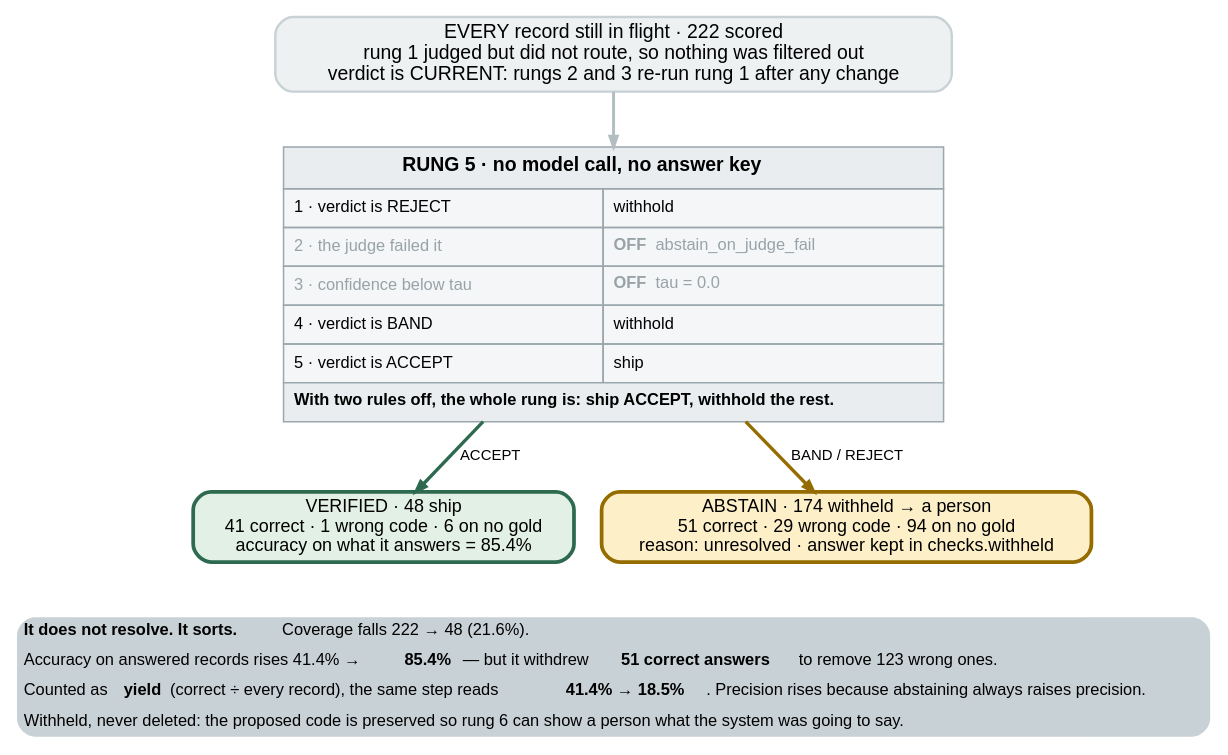
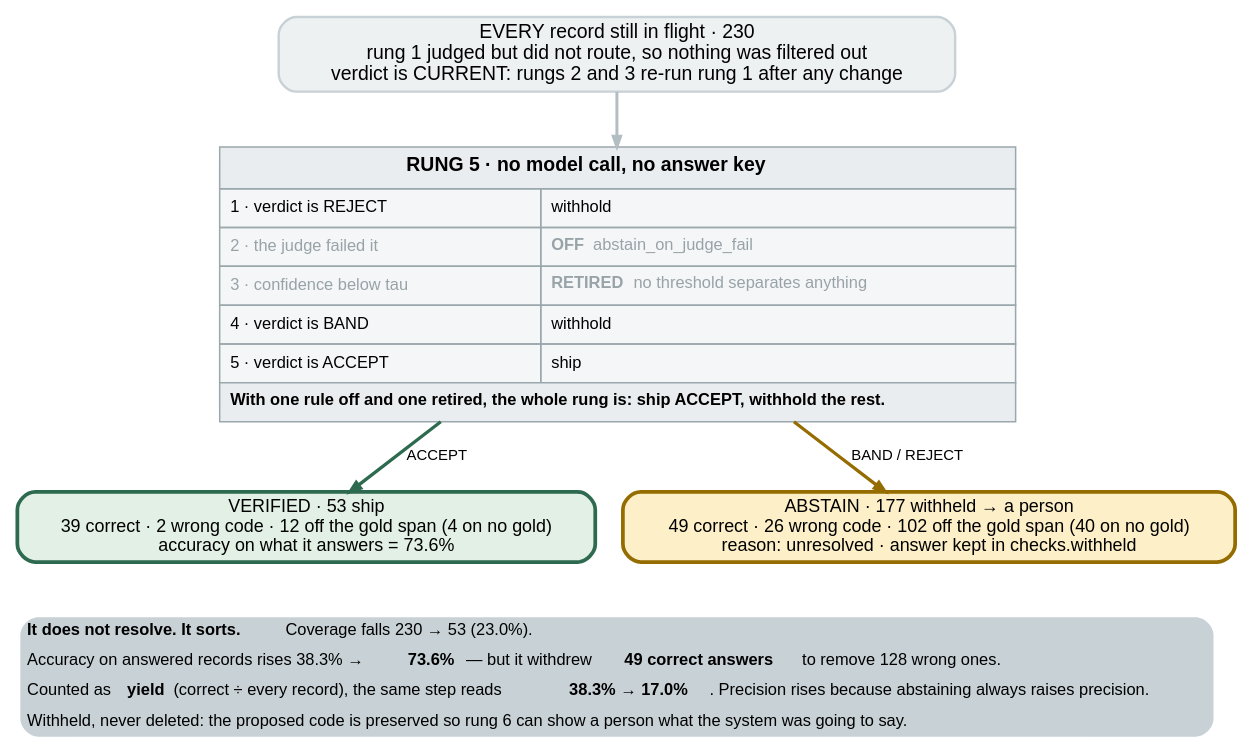
One commit to wbagais/reliability-ladder changed the diagram in docs/figures/fig19-rung5.dot. Above: the diagram before and after it, drawn with Graphviz. The commit also changed 19 other files, not shown here.

Commit message:
Article: every number and every figure re-derived from the base run; remaining historical figures labelled with their source

```diff
--- a/docs/figures/fig19-rung5.dot
+++ b/docs/figures/fig19-rung5.dot
@@ -1,67 +1,62 @@
-// Rung 5 on CADEC dev, draw 0 (arm-sapbase-d0) — the refusal rung.
+// Rung 5 on CADEC dev, rerun-cadec-d0 (2026-09-03) — the refusal rung.
 //
-// ZERO MODEL CALLS. Rung 5 is a pure disposition rule, so its output was
-// REPLAYED from the surviving records file through r5.decide() with the
-// shipped manifest config, not quoted from a run that no longer exists.
-// Replay result over all 232 produced records: BAND 182 -> ABSTAIN,
-// ACCEPT 50 -> VERIFIED. Nothing else fired.
+// ZERO MODEL CALLS. From the run's own rung 5 and rung 6 state rows: 230
+// records, ACCEPT 53 -> VERIFIED, BAND 176 + REJECT 1 -> ABSTAIN 177.
+// Correctness split span-exact, the same split fig10-rung1 reports (after
+// rung 3's two overwrites).
 //
-// The correctness split inside each lane is the SCORED subset (222 of 232;
-// 10 records are unscoreable) and is the same split fig10-rung1 reports.
-//
-// WHY TWO RULES ARE DRAWN OFF: `tau: 0.0` and `abstain_on_judge_fail: false`
-// are the shipped manifest values. They are drawn rather than omitted because
-// their being off is the finding — the textbook abstention method (confidence
-// thresholding) is not merely untuned here, it is inapplicable. Rung 0 reports
-// >= 0.95 confidence on EVERY record (77% report exactly 1.0) while getting
-// ~40% of them right.
+// WHY ONE RULE IS DRAWN OFF AND ONE RETIRED: `abstain_on_judge_fail: false` is
+// the shipped value. `tau` was RETIRED 2026-09-03: rung 0 reports >= 0.9
+// confidence on every record (66% report exactly 1.0) while getting ~38% of
+// them right, so the textbook abstention method was not untuned here, it was
+// inapplicable.
 //
 // COLOUR KEY — unchanged from fig1-wiring:
 //   green #2d6a4f ships/correct   amber #946c00 withheld   grey deterministic
 //   NO TEAL ANYWHERE: teal marks a model call, and this rung makes none.
 digraph rung5 {
   rankdir=TB; bgcolor="white";
   node [shape=box style="filled,rounded" fontname="Helvetica" fontsize=12
         color="#c8d1d5" penwidth=1.2];
   edge [color="#b3bec3" penwidth=1.5 arrowsize=0.7 fontname="Helvetica" fontsize=10];
 
-  in [label="EVERY record still in flight · 222 scored\nrung 1 judged but did not route, so nothing was filtered out\nverdict is CURRENT: rungs 2 and 3 re-run rung 1 after any change"
+  in [label="EVERY record still in flight · 230\nrung 1 judged but did not route, so nothing was filtered out\nverdict is CURRENT: rungs 2 and 3 re-run rung 1 after any change"
       fillcolor="#eef1f2" fontsize=13 penwidth=1.6];
 
   rule [shape=none margin=0 label=<
     <TABLE BORDER="0" CELLBORDER="1" CELLSPACING="0" CELLPADDING="6" BGCOLOR="#f4f6f7" COLOR="#9aa7ad">
       <TR><TD COLSPAN="2" BGCOLOR="#e9edef"><FONT POINT-SIZE="13"><B>RUNG 5 · no model call, no answer key</B></FONT></TD></TR>
       <TR><TD ALIGN="LEFT"><FONT POINT-SIZE="11">1 · verdict is REJECT</FONT></TD>
           <TD ALIGN="LEFT"><FONT POINT-SIZE="11">withhold</FONT></TD></TR>
       <TR><TD ALIGN="LEFT"><FONT POINT-SIZE="11" COLOR="#98a3a8">2 · the judge failed it</FONT></TD>
           <TD ALIGN="LEFT"><FONT POINT-SIZE="11" COLOR="#98a3a8"><B>OFF</B>  abstain_on_judge_fail</FONT></TD></TR>
       <TR><TD ALIGN="LEFT"><FONT POINT-SIZE="11" COLOR="#98a3a8">3 · confidence below tau</FONT></TD>
-          <TD ALIGN="LEFT"><FONT POINT-SIZE="11" COLOR="#98a3a8"><B>OFF</B>  tau = 0.0</FONT></TD></TR>
+          <TD ALIGN="LEFT"><FONT POINT-SIZE="11" COLOR="#98a3a8"><B>RETIRED</B>  no threshold separates anything</FONT></TD></TR>
       <TR><TD ALIGN="LEFT"><FONT POINT-SIZE="11">4 · verdict is BAND</FONT></TD>
           <TD ALIGN="LEFT"><FONT POINT-SIZE="11">withhold</FONT></TD></TR>
       <TR><TD ALIGN="LEFT"><FONT POINT-SIZE="11">5 · verdict is ACCEPT</FONT></TD>
           <TD ALIGN="LEFT"><FONT POINT-SIZE="11">ship</FONT></TD></TR>
-      <TR><TD COLSPAN="2" BGCOLOR="#e9edef" ALIGN="LEFT"><FONT POINT-SIZE="11"><B>With two rules off, the whole rung is: ship ACCEPT, withhold the rest.</B></FONT></TD></TR>
+      <TR><TD COLSPAN="2" BGCOLOR="#e9edef" ALIGN="LEFT"><FONT POINT-SIZE="11"><B>With one rule off and one retired, the whole rung is: ship ACCEPT, withhold the rest.</B></FONT></TD></TR>
     </TABLE>>];
 
-  ship [label="VERIFIED · 48 ship\n41 correct · 1 wrong code · 6 on no gold\naccuracy on what it answers = 85.4%"
+  ship [label="VERIFIED · 53 ship\n39 correct · 2 wrong code · 12 off the gold span (4 on no gold)\naccuracy on what it answers = 73.6%"
         fillcolor="#e3f0e6" color="#2d6a4f" penwidth=2.5];
 
-  hold [label="ABSTAIN · 174 withheld → a person\n51 correct · 29 wrong code · 94 on no gold\nreason: unresolved · answer kept in checks.withheld"
+  hold [label="ABSTAIN · 177 withheld → a person\n49 correct · 26 wrong code · 102 off the gold span (40 on no gold)\nreason: unresolved · answer kept in checks.withheld"
         fillcolor="#fdf0c8" color="#946c00" penwidth=2.5];
 
   note [shape=none margin=0 label=<
     <TABLE BORDER="0" CELLBORDER="0" CELLSPACING="0" CELLPADDING="4">
-      <TR><TD ALIGN="LEFT"><FONT POINT-SIZE="11"><B>It does not resolve. It sorts.</B> Coverage falls 222 → 48 (21.6%).</FONT></TD></TR>
-      <TR><TD ALIGN="LEFT"><FONT POINT-SIZE="11">Accuracy on answered records rises 41.4% → <B>85.4%</B> — but it withdrew <B>51 correct answers</B> to remove 123 wrong ones.</FONT></TD></TR>
-      <TR><TD ALIGN="LEFT"><FONT POINT-SIZE="11">Counted as <B>yield</B> (correct ÷ every record), the same step reads <B>41.4% → 18.5%</B>. Precision rises because abstaining always raises precision.</FONT></TD></TR>
+      <TR><TD ALIGN="LEFT"><FONT POINT-SIZE="11"><B>It does not resolve. It sorts.</B> Coverage falls 230 → 53 (23.0%).</FONT></TD></TR>
+      <TR><TD ALIGN="LEFT"><FONT POINT-SIZE="11">Accuracy on answered records rises 38.3% → <B>73.6%</B> — but it withdrew <B>49 correct answers</B> to remove 128 wrong ones.</FONT></TD></TR>
+      <TR><TD ALIGN="LEFT"><FONT POINT-SIZE="11">Counted as <B>yield</B> (correct ÷ every record), the same step reads <B>38.3% → 17.0%</B>. Precision rises because abstaining always raises precision.</FONT></TD></TR>
       <TR><TD ALIGN="LEFT"><FONT POINT-SIZE="11">Withheld, never deleted: the proposed code is preserved so rung 6 can show a person what the system was going to say.</FONT></TD></TR>
     </TABLE>>];
 
   in -> rule [penwidth=2];
   rule -> ship [label="  ACCEPT " color="#2d6a4f" penwidth=2.2];
   rule -> hold [label="  BAND / REJECT " color="#946c00" penwidth=2.2];
   ship -> note [style=invis];
   hold -> note [style=invis];
   {rank=same; ship; hold;}
 }
```
